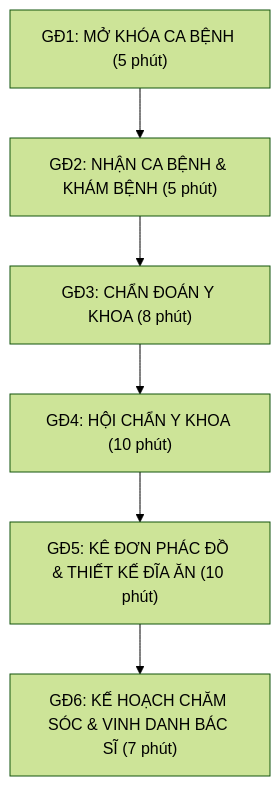
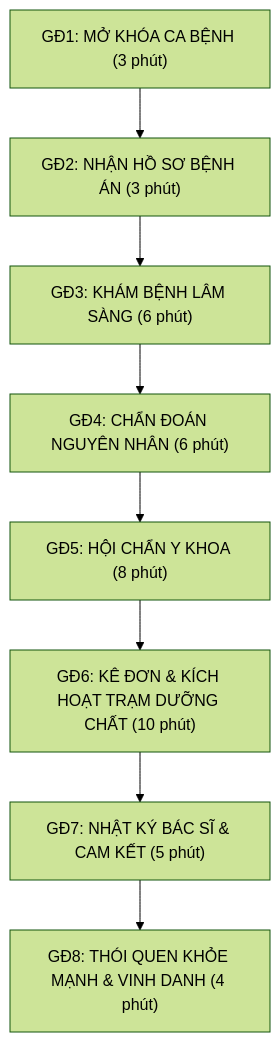
Before and after one commit to uyennb/6.01-thuc-don-vang-cho-tuoi-day-thi: the diagram in Lesson-design-h6.01-lop-6.md, drawn with Mermaid (forest theme). The commit also changed other lines of this file and 4 other files, not shown here.

````diff
--- a/Lesson-design-h6.01-lop-6.md
+++ b/Lesson-design-h6.01-lop-6.md
@@ -38,8 +38,10 @@
 ```mermaid
 graph TD
-    GD1["GĐ1: MỞ KHÓA CA BỆNH (5 phút)"] --> GD2["GĐ2: NHẬN CA BỆNH & KHÁM BỆNH (5 phút)"]
-    GD2 --> GD3["GĐ3: CHẨN ĐOÁN Y KHOA (8 phút)"]
-    GD3 --> GD4["GĐ4: HỘI CHẨN Y KHOA (10 phút)"]
-    GD4 --> GD5["GĐ5: KÊ ĐƠN PHÁC ĐỒ & THIẾT KẾ ĐĨA ĂN (10 phút)"]
-    GD5 --> GD6["GĐ6: KẾ HOẠCH CHĂM SÓC & VINH DANH BÁC SĨ (7 phút)"]
+    GD1["GĐ1: MỞ KHÓA CA BỆNH (3 phút)"] --> GD2["GĐ2: NHẬN HỒ SƠ BỆNH ÁN (3 phút)"]
+    GD2 --> GD3["GĐ3: KHÁM BỆNH LÂM SÀNG (6 phút)"]
+    GD3 --> GD4["GĐ4: CHẨN ĐOÁN NGUYÊN NHÂN (6 phút)"]
+    GD4 --> GD5["GĐ5: HỘI CHẨN Y KHOA (8 phút)"]
+    GD5 --> GD6["GĐ6: KÊ ĐƠN & KÍCH HOẠT TRẠM DƯỠNG CHẤT (10 phút)"]
+    GD6 --> GD7["GĐ7: NHẬT KÝ BÁC SĨ & CAM KẾT (5 phút)"]
+    GD7 --> GD8["GĐ8: THÓI QUEN KHỎE MẠNH & VINH DANH (4 phút)"]
 ```
````
